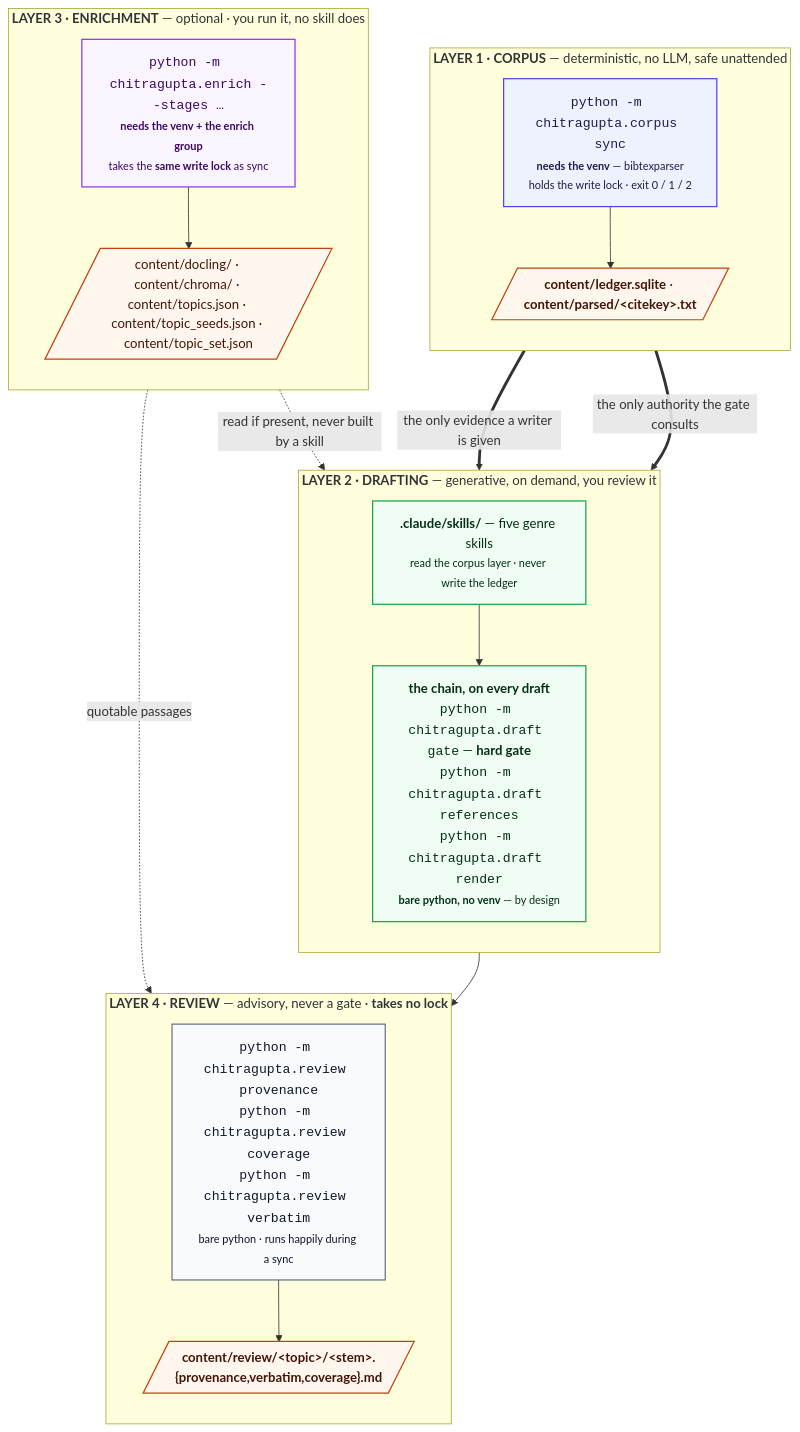
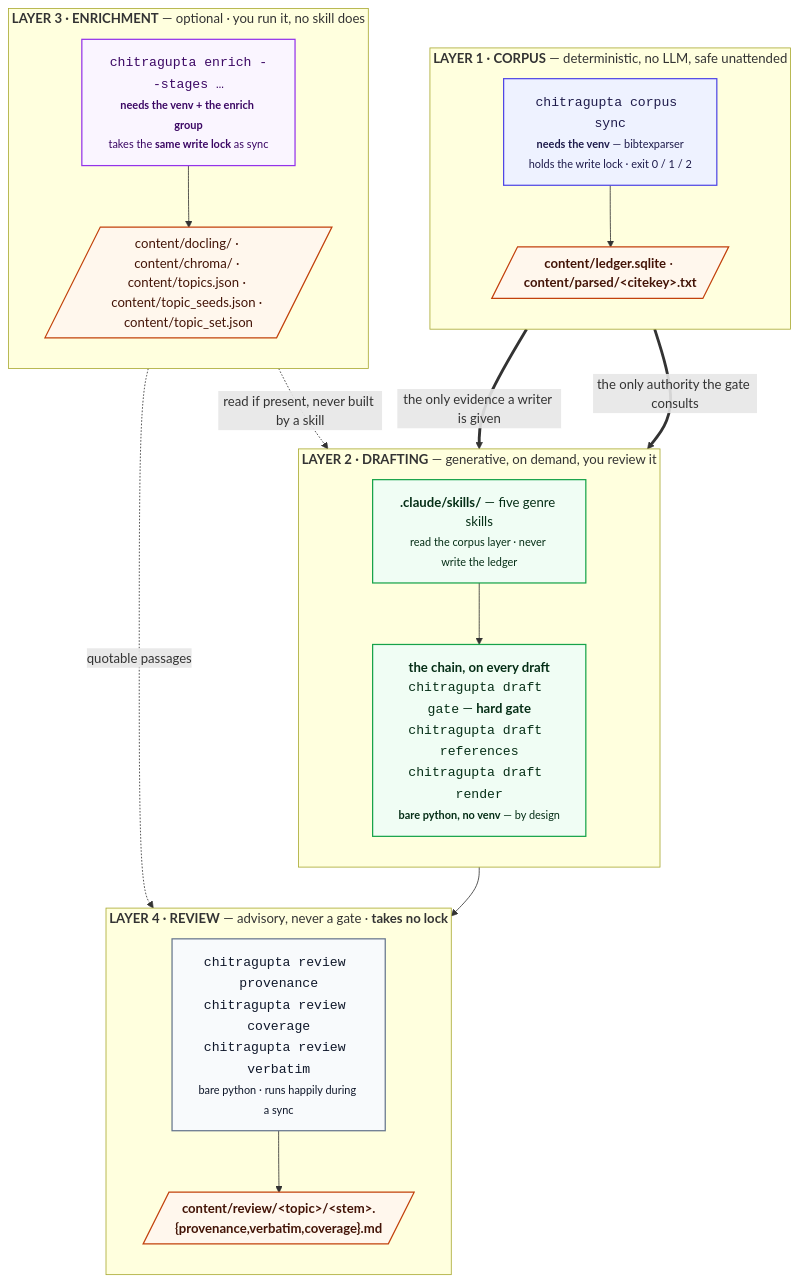
One commit to prasadtalasila/chitragupta changed the diagram in docs/ARCHITECTURE.md. Above: the diagram before and after it, drawn with Mermaid. The commit also changed 19 other files, not shown here.

````diff
--- a/docs/ARCHITECTURE.md
+++ b/docs/ARCHITECTURE.md
@@ -64,49 +64,49 @@
 ```mermaid
 flowchart TB
 
   subgraph J1["<b>LAYER 1 · CORPUS</b> — deterministic, no LLM, safe unattended"]
     direction TB
-    SYNC["<code>python -m chitragupta.corpus sync</code><br/><small><b>needs the venv</b> — bibtexparser<br/>holds the write lock · exit 0 / 1 / 2</small>"]
+    SYNC["<code>chitragupta corpus sync</code><br/><small><b>needs the venv</b> — bibtexparser<br/>holds the write lock · exit 0 / 1 / 2</small>"]
     OUT1[/"<b>content/ledger.sqlite</b> · <b>content/parsed/&lt;citekey&gt;.txt</b>"/]
     SYNC --> OUT1
   end
 
   subgraph J2["<b>LAYER 2 · DRAFTING</b> — generative, on demand, you review it"]
     direction TB
     SKILL["<b>.claude/skills/</b> — five genre skills<br/><small>read the corpus layer · never write the ledger</small>"]
-    CHAIN["<b>the chain, on every draft</b><br/><code>python -m chitragupta.draft gate</code> — <b>hard gate</b><br/><code>python -m chitragupta.draft references</code><br/><code>python -m chitragupta.draft render</code><br/><small><b>bare python, no venv</b> — by design</small>"]
+    CHAIN["<b>the chain, on every draft</b><br/><code>chitragupta draft gate</code> — <b>hard gate</b><br/><code>chitragupta draft references</code><br/><code>chitragupta draft render</code><br/><small><b>bare python, no venv</b> — by design</small>"]
     SKILL --> CHAIN
   end
 
   subgraph JH["<b>LAYER 3 · ENRICHMENT</b> — optional · you run it, no skill does"]
     direction TB
-    FULL["<code>python -m chitragupta.enrich --stages …</code><br/><small><b>needs the venv + the enrich group</b><br/>takes the <b>same write lock</b> as sync</small>"]
+    FULL["<code>chitragupta enrich --stages …</code><br/><small><b>needs the venv + the enrich group</b><br/>takes the <b>same write lock</b> as sync</small>"]
     OUT3[/"content/docling/ · content/chroma/ · content/topics.json · content/topic_seeds.json · content/topic_set.json"/]
     FULL --> OUT3
   end
 
   subgraph AID["<b>LAYER 4 · REVIEW</b> — advisory, never a gate · <b>takes no lock</b>"]
     direction TB
-    A["<code>python -m chitragupta.review provenance</code><br/><code>python -m chitragupta.review coverage</code><br/><code>python -m chitragupta.review verbatim</code><br/><small>bare python · runs happily during a sync</small>"]
+    A["<code>chitragupta review provenance</code><br/><code>chitragupta review coverage</code><br/><code>chitragupta review verbatim</code><br/><small>bare python · runs happily during a sync</small>"]
     OUT4[/"<b>content/review/&lt;topic&gt;/&lt;stem&gt;.{provenance,verbatim,coverage}.md</b>"/]
     A --> OUT4
   end
 
   OUT1 == "the only evidence a writer is given" ==> SKILL
   OUT1 == "the only authority the gate consults" ==> CHAIN
   OUT3 -. "read if present, never built by a skill" .-> SKILL
   OUT3 -. "quotable passages" .-> A
   CHAIN --> A
 
   classDef det fill:#eef2ff,stroke:#4f46e5,stroke-width:1.5px,color:#1e1b4b
   classDef gen fill:#f0fdf4,stroke:#16a34a,stroke-width:1.5px,color:#052e16
   classDef heavy fill:#faf5ff,stroke:#9333ea,stroke-width:1.5px,color:#3b0764
   classDef store fill:#fff7ed,stroke:#c2410c,stroke-width:1.5px,color:#431407
   classDef aid fill:#f8fafc,stroke:#64748b,stroke-width:1.5px,color:#0f172a
 
   class SYNC det
   class SKILL,CHAIN gen
   class FULL heavy
   class OUT1,OUT3,OUT4 store
   class A aid
 ```
````
